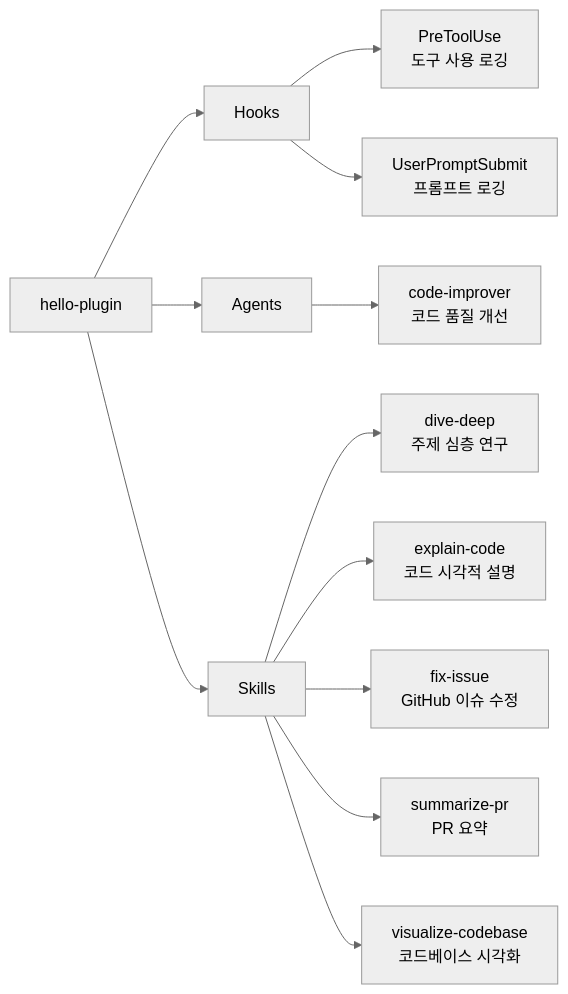
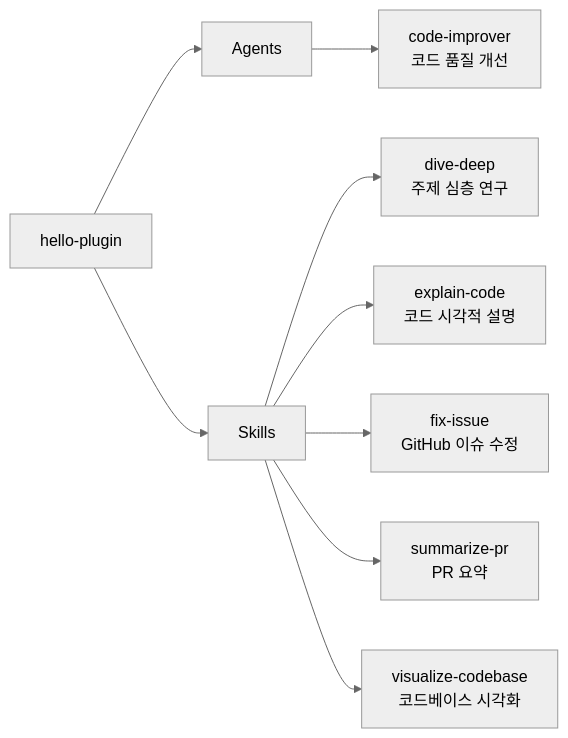
Before and after one commit to iamhoonse-dev/hoonse-claude-plugins: the diagram in plugins/hello-plugin/README.md, drawn with Mermaid (neutral theme). The commit also changed other lines of this file and 10 other files, not shown here.

````diff
--- a/plugins/hello-plugin/README.md
+++ b/plugins/hello-plugin/README.md
@@ -7,17 +7,13 @@
 ```mermaid
 graph LR
-    A[hello-plugin] --> B[Hooks]
-    A --> C[Agents]
+    A[hello-plugin] --> C[Agents]
     A --> D[Skills]
-
-    B --> B1[PreToolUse<br/>도구 사용 로깅]
-    B --> B2[UserPromptSubmit<br/>프롬프트 로깅]
 
     C --> C1[code-improver<br/>코드 품질 개선]
 
     D --> D1[dive-deep<br/>주제 심층 연구]
     D --> D2[explain-code<br/>코드 시각적 설명]
     D --> D3[fix-issue<br/>GitHub 이슈 수정]
     D --> D4[summarize-pr<br/>PR 요약]
     D --> D5[visualize-codebase<br/>코드베이스 시각화]
 ```
````
